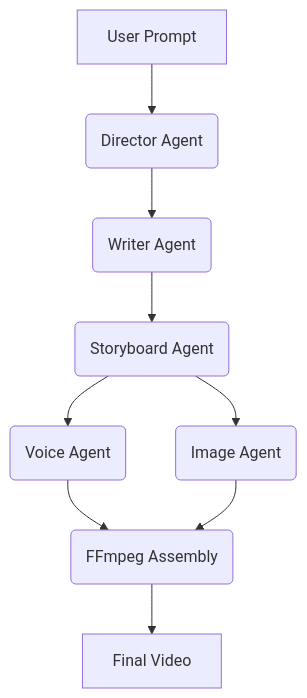
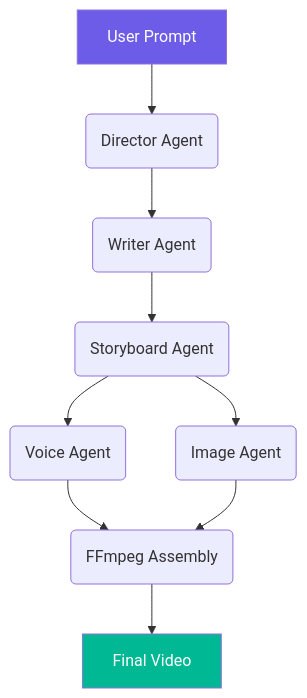
One commit to junlive0121/autoforge-ai changed the diagram in README.md. Above: the diagram before and after it, drawn with Mermaid. The commit also changed other lines of this file and 11 other files, not shown here.

````diff
--- a/README.md
+++ b/README.md
@@ -13,11 +12,14 @@
 ```mermaid
 graph TD
     A[User Prompt] --> B(Director Agent)
     B --> C(Writer Agent)
     C --> D(Storyboard Agent)
     D --> E(Voice Agent)
     D --> F(Image Agent)
     E --> G(FFmpeg Assembly)
     F --> G
     G --> H[Final Video]
+
+    style A fill:#6c5ce7,color:#fff
+    style H fill:#00b894,color:#fff
 ```
````
